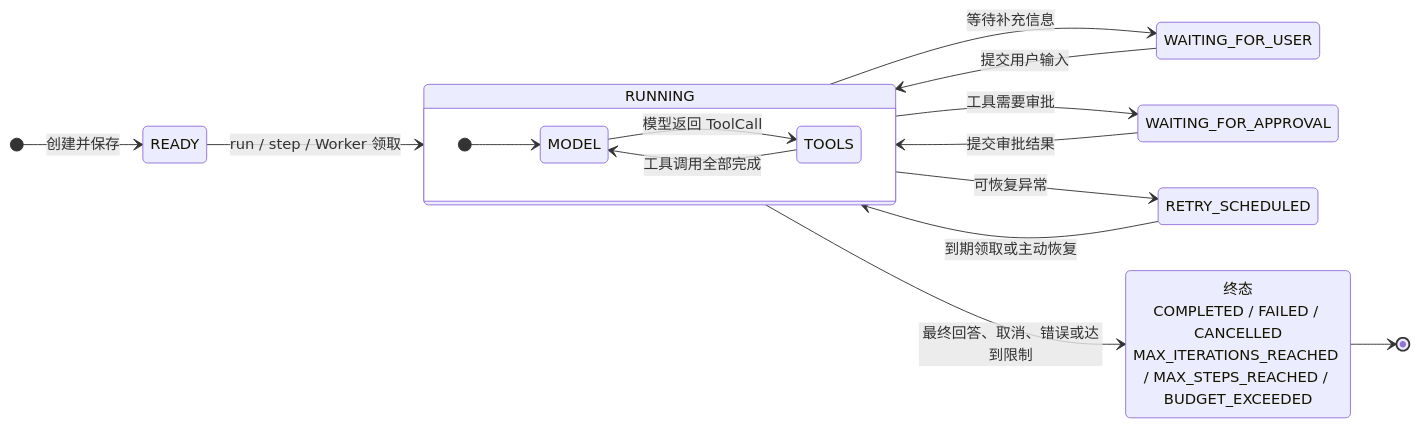
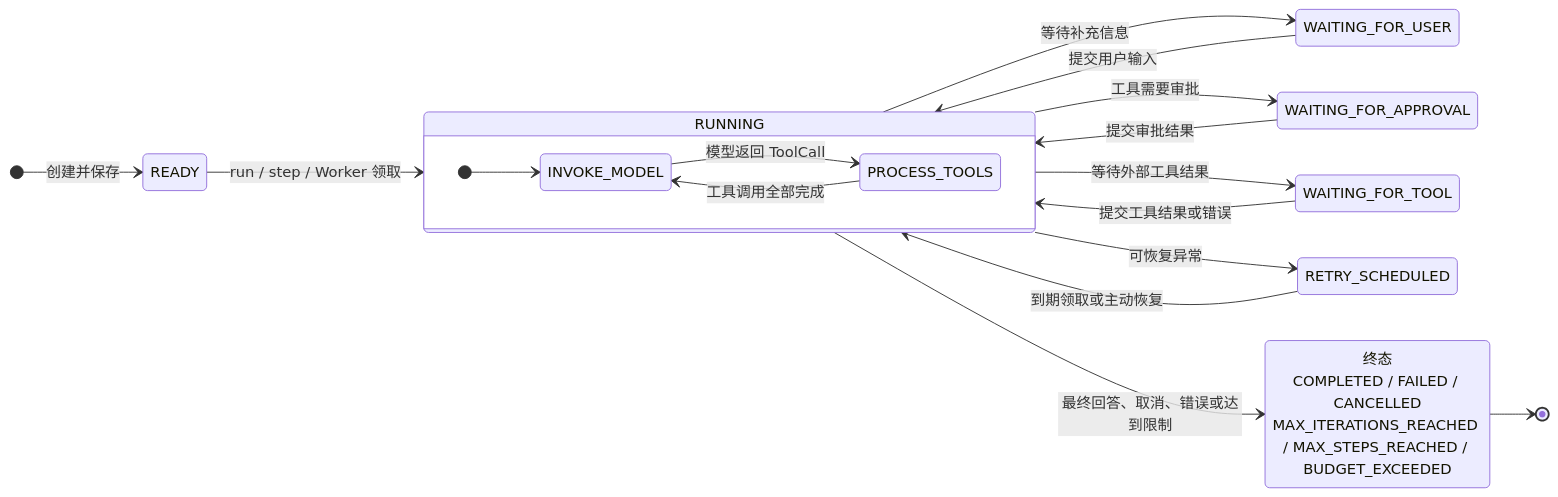
The second of 2 diagrams in docs/zh/agent/architecture.md (agents-flex/agents-flex), drawn with Mermaid before and after one commit. The commit also changed other lines of this file and 40 other files, not shown here.

````diff
--- a/docs/zh/agent/architecture.md
+++ b/docs/zh/agent/architecture.md
@@ -77,26 +77,28 @@
 ```mermaid
 stateDiagram-v2
     direction LR
 
     [*] --> READY: 创建并保存
     READY --> RUNNING: run / step / Worker 领取
 
     state RUNNING {
         direction LR
-        [*] --> MODEL
-        MODEL --> TOOLS: 模型返回 ToolCall
-        TOOLS --> MODEL: 工具调用全部完成
+        [*] --> INVOKE_MODEL
+        INVOKE_MODEL --> PROCESS_TOOLS: 模型返回 ToolCall
+        PROCESS_TOOLS --> INVOKE_MODEL: 工具调用全部完成
     }
 
     RUNNING --> WAITING_FOR_USER: 等待补充信息
     RUNNING --> WAITING_FOR_APPROVAL: 工具需要审批
+    RUNNING --> WAITING_FOR_TOOL: 等待外部工具结果
     RUNNING --> RETRY_SCHEDULED: 可恢复异常
 
     WAITING_FOR_USER --> RUNNING: 提交用户输入
     WAITING_FOR_APPROVAL --> RUNNING: 提交审批结果
+    WAITING_FOR_TOOL --> RUNNING: 提交工具结果或错误
     RETRY_SCHEDULED --> RUNNING: 到期领取或主动恢复
 
     state "终态<br/>COMPLETED / FAILED / CANCELLED<br/>MAX_ITERATIONS_REACHED / MAX_STEPS_REACHED / BUDGET_EXCEEDED" as TERMINAL
     RUNNING --> TERMINAL: 最终回答、取消、错误或达到限制
     TERMINAL --> [*]
 ```
````
